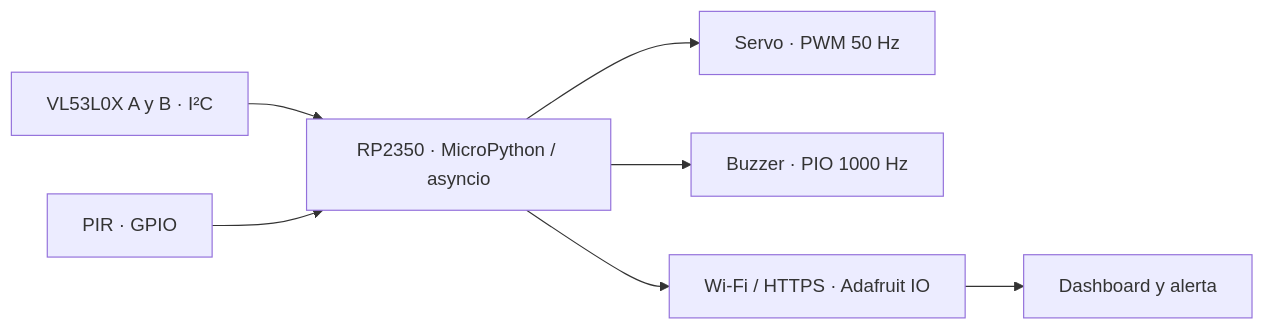
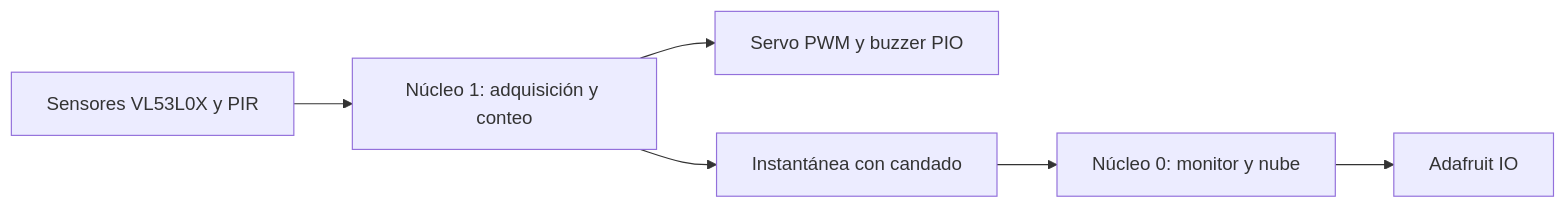
One commit to 26100988-pixel/aforo-bidireccional-pico2w changed the diagram in documentacion/README.md. Above: the diagram before and after it, drawn with Mermaid. The commit also changed other lines of this file, not shown here.

Commit message:
Revisar documentacion/README.md con entrega completa del equipo

````diff
--- a/documentacion/README.md
+++ b/documentacion/README.md
@@ -5,9 +7,8 @@
 ```mermaid
 flowchart LR
-  A["VL53L0X A y B · I²C"] --> P["RP2350 · MicroPython / asyncio"]
-  B["PIR · GPIO"] --> P
-  P --> C["Servo · PWM 50 Hz"]
-  P --> D["Buzzer · PIO 1000 Hz"]
-  P --> E["Wi-Fi / HTTPS · Adafruit IO"]
-  E --> F["Dashboard y alerta"]
+  A["Sensores VL53L0X y PIR"] --> N1["Núcleo 1: adquisición y conteo"]
+  N1 --> S["Servo PWM y buzzer PIO"]
+  N1 --> L["Instantánea con candado"]
+  L --> N0["Núcleo 0: monitor y nube"]
+  N0 --> D["Adafruit IO"]
 ```
````
